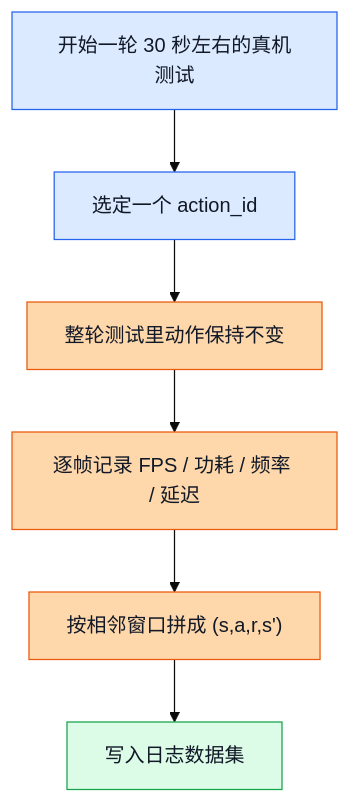
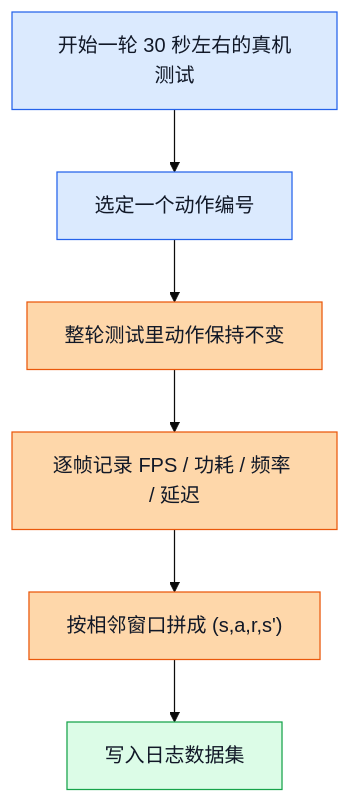
One commit to Mrphase/RL-Doc changed the second of 5 diagrams in learn/14_Offline_RL_Fundamentals.md. Above: the diagram before and after it, drawn with Mermaid (base theme). The commit also changed other lines of this file and 14 other files, not shown here.

First line of the commit message:
fix: clean mermaid labels in learn docs

````diff
--- a/learn/14_Offline_RL_Fundamentals.md
+++ b/learn/14_Offline_RL_Fundamentals.md
@@ -229,16 +229,16 @@
 ```mermaid
 flowchart TD
-    A["开始一轮 30 秒左右的真机测试"] --> B["选定一个 action_id"]
+    A["开始一轮 30 秒左右的真机测试"] --> B["选定一个动作编号"]
     B --> C["整轮测试里动作保持不变"]
     C --> D["逐帧记录 FPS / 功耗 / 频率 / 延迟"]
     D --> E["按相邻窗口拼成 (s,a,r,s')"]
     E --> F["写入日志数据集"]
 
     classDef input fill:#dbeafe,stroke:#2563eb,color:#111827;
     classDef process fill:#fed7aa,stroke:#ea580c,color:#111827;
     classDef output fill:#dcfce7,stroke:#16a34a,color:#111827;
 
     class A,B input;
     class C,D,E process;
     class F output;
 ```
````
